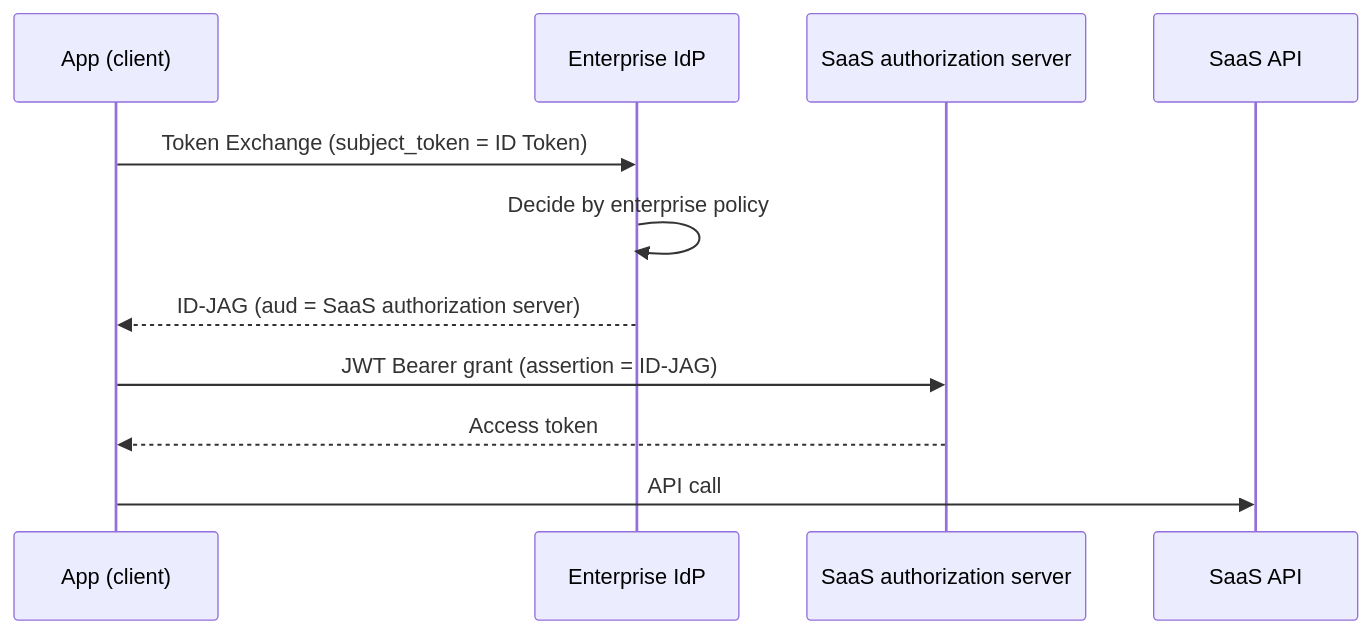
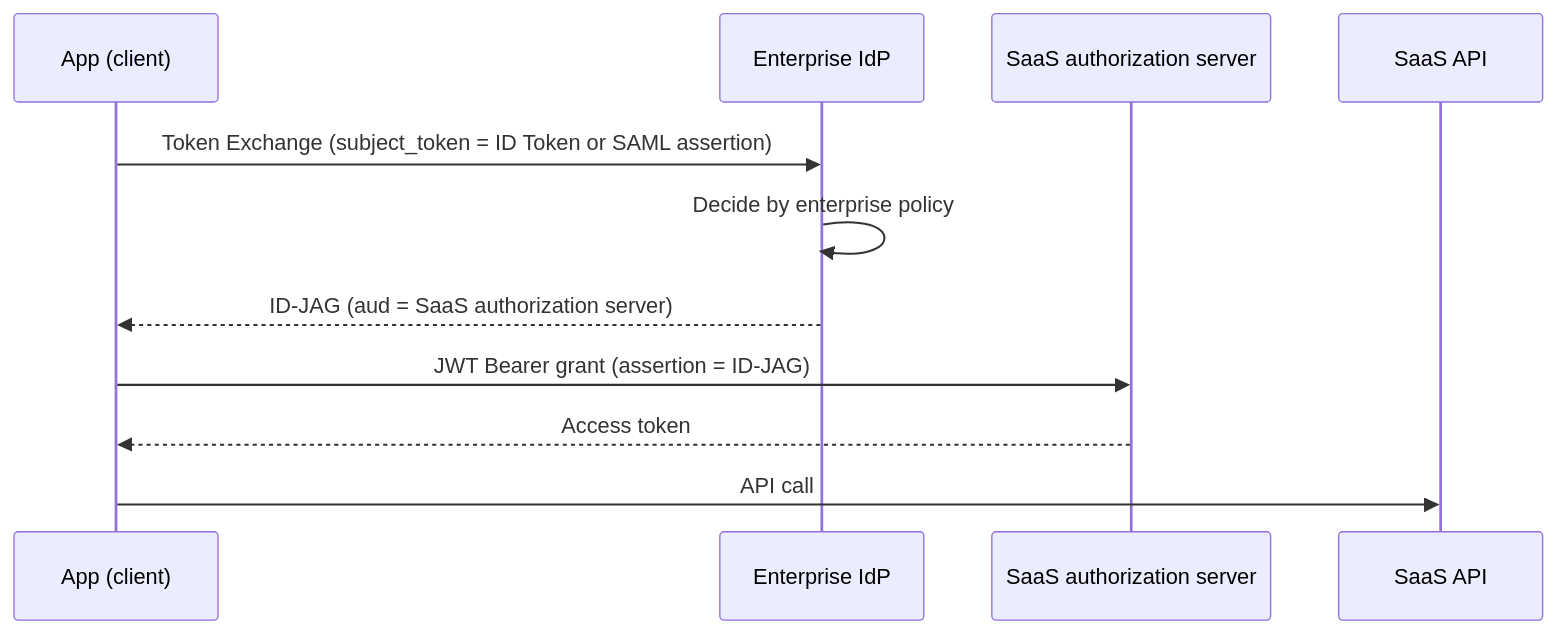
One commit to bmf-san/bmf-tech changed the second of 2 diagrams in content/en/posts/oauth-standards-map-authorization-platform.md. Above: the diagram before and after it, drawn with Mermaid. The commit also changed other lines of this file and 1 other file, not shown here.

First line of the commit message:
fix: OAuth 関連標準の地図の記事の図・表・まとめを本文と一次資料の条件に合わせる

````diff
--- a/content/en/posts/oauth-standards-map-authorization-platform.md
+++ b/content/en/posts/oauth-standards-map-authorization-platform.md
@@ -277,13 +279,13 @@
 ```mermaid
 sequenceDiagram
   participant App as App (client)
   participant IdP as Enterprise IdP
   participant RAS as SaaS authorization server
   participant API as SaaS API
-  App->>IdP: Token Exchange (subject_token = ID Token)
+  App->>IdP: Token Exchange (subject_token = ID Token or SAML assertion)
   IdP->>IdP: Decide by enterprise policy
   IdP-->>App: ID-JAG (aud = SaaS authorization server)
   App->>RAS: JWT Bearer grant (assertion = ID-JAG)
   RAS-->>App: Access token
   App->>API: API call
 ```
````
